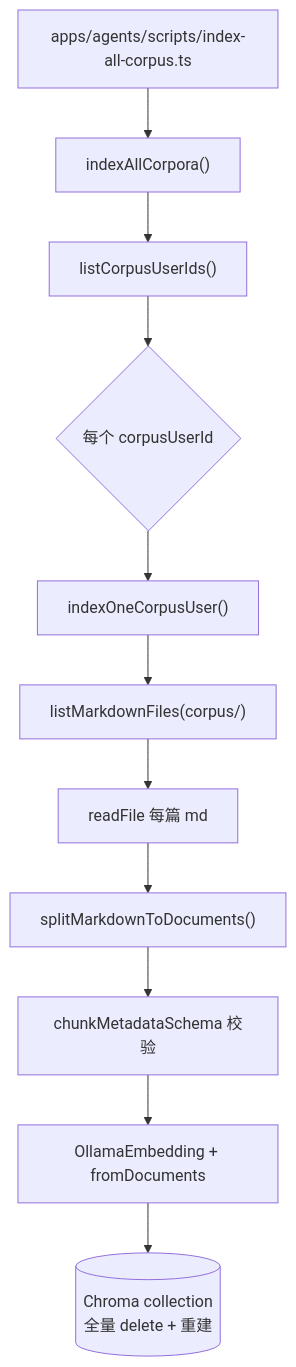
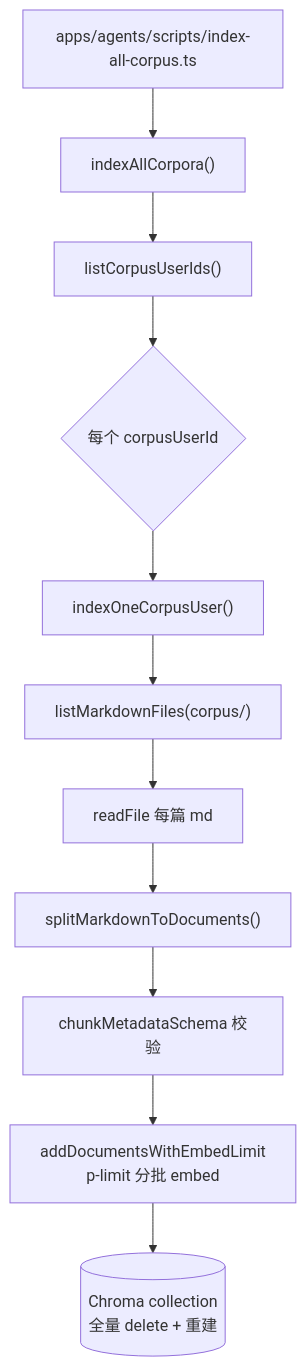
The third of 8 diagrams in docs/02-agent-flows.md (panzhanfei/fambrain-agents), drawn with Mermaid before and after one commit. The commit also changed other lines of this file and 4 other files, not shown here.

````diff
--- a/docs/02-agent-flows.md
+++ b/docs/02-agent-flows.md
@@ -80,13 +83,13 @@
 ```mermaid
 flowchart TD
   CLI["apps/agents/scripts/index-all-corpus.ts"] --> ALL["indexAllCorpora()"]
   ALL --> LISTU["listCorpusUserIds()"]
   LISTU --> LOOP{每个 corpusUserId}
   LOOP --> ONE["indexOneCorpusUser()"]
   ONE --> SCAN["listMarkdownFiles(corpus/)"]
   SCAN --> READ["readFile 每篇 md"]
   READ --> SPLIT["splitMarkdownToDocuments()"]
   SPLIT --> META["chunkMetadataSchema 校验"]
-  META --> EMBED["OllamaEmbedding + fromDocuments"]
+  META --> EMBED["addDocumentsWithEmbedLimit<br/>p-limit 分批 embed"]
   EMBED --> CHROMA[("Chroma collection<br/>全量 delete + 重建")]
 ```
````
